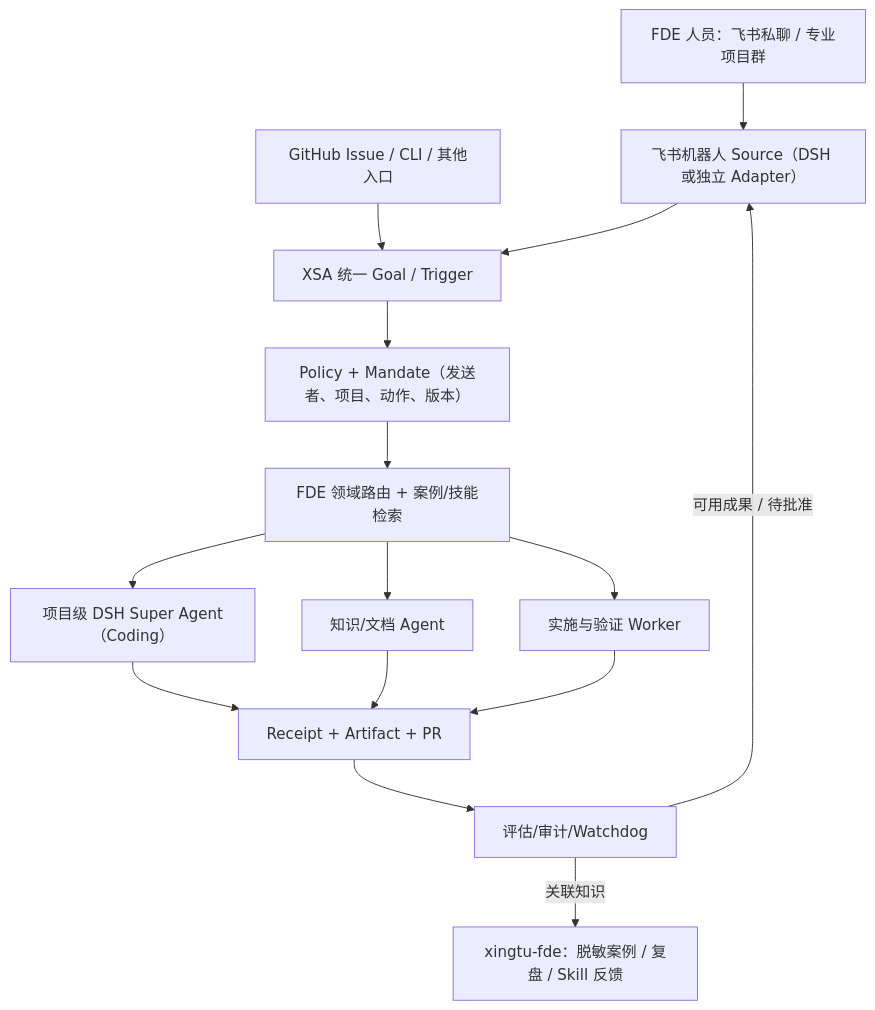
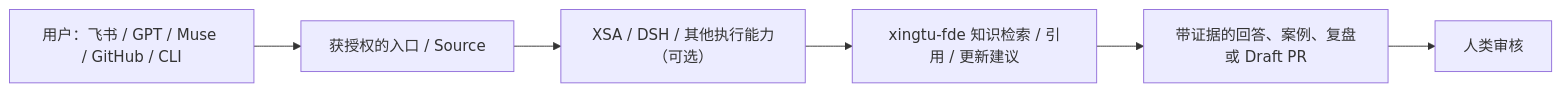
One commit to xingtu1996/xingtu-super-agent changed the second of 2 diagrams in docs/research/FDE_PRODUCT_BLUEPRINT.md. Above: the diagram before and after it, drawn with Mermaid. The commit also changed other lines of this file, not shown here.

Commit message:
docs: 纠偏 xingtu-fde 为跨仓 FDE 知识公地与行业研究中枢

````diff
--- a/docs/research/FDE_PRODUCT_BLUEPRINT.md
+++ b/docs/research/FDE_PRODUCT_BLUEPRINT.md
@@ -23,17 +120,8 @@
 ```mermaid
-flowchart TD
-    U["FDE 人员：飞书私聊 / 专业项目群"] --> B["飞书机器人 Source（DSH 或独立 Adapter）"]
-    A["GitHub Issue / CLI / 其他入口"] --> G["XSA 统一 Goal / Trigger"]
-    B --> G
-    G --> P["Policy + Mandate（发送者、项目、动作、版本）"]
-    P --> F["FDE 领域路由 + 案例/技能检索"]
-    F --> C1["项目级 DSH Super Agent（Coding）"]
-    F --> C2["知识/文档 Agent"]
-    F --> C3["实施与验证 Worker"]
-    C1 --> R["Receipt + Artifact + PR"]
-    C2 --> R
-    C3 --> R
-    R --> W["评估/审计/Watchdog"]
-    W -->|"可用成果 / 待批准"| B
-    W -->|"关联知识"| K["xingtu-fde：脱敏案例 / 复盘 / Skill 反馈"]
+flowchart LR
+  U["用户：飞书 / GPT / Muse / GitHub / CLI"] --> G["获授权的入口 / Source"]
+  G --> O["XSA / DSH / 其他执行能力（可选）"]
+  O --> F["xingtu-fde 知识检索 / 引用 / 更新建议"]
+  F --> R["带证据的回答、案例、复盘或 Draft PR"]
+  R --> H["人类审核"]
 ```
````
